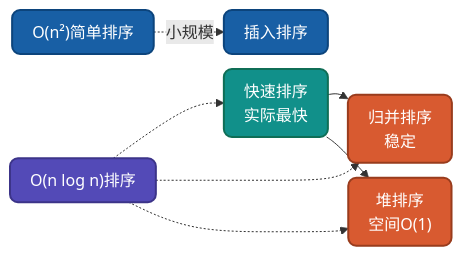
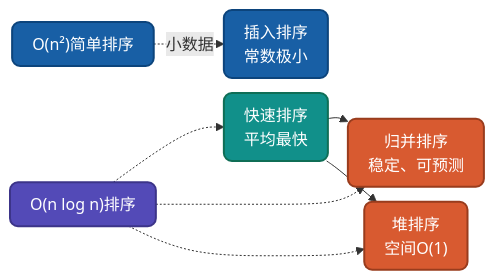
The second of 2 diagrams in sorting/quicksort/AI时代-重温快速排序-不同实现思路详解.md (microwind/algorithms), drawn with Mermaid before and after one commit. The commit also changed other lines of this file, not shown here.

````diff
--- a/sorting/quicksort/AI时代-重温快速排序-不同实现思路详解.md
+++ b/sorting/quicksort/AI时代-重温快速排序-不同实现思路详解.md
@@ -185,22 +438,22 @@
 ```mermaid
 %%{init: {'flowchart': {'nodeSpacing': 15, 'rankSpacing': 20, 'padding': 10}}}%%
 graph LR
-    A["快速排序<br/>实际最快"] --> B["归并排序<br/>稳定"]
+    A["快速排序<br/>平均最快"] --> B["归并排序<br/>稳定、可预测"]
     A --> C["堆排序<br/>空间O(1)"]
     
     D["O(n log n)排序"] -.-> A
     D -.-> B
     D -.-> C
     
-    E["O(n²)简单排序"] -.->|"小规模"| F["插入排序"]
+    E["O(n²)简单排序"] -.->|"小数据"| F["插入排序<br/>常数极小"]
     
     classDef fast fill:#11908A,color:#fff,stroke:#0F6E56,stroke-width:2px,rx:8
     classDef other fill:#D85A30,color:#fff,stroke:#993C1D,stroke-width:2px,rx:8
     classDef category fill:#534AB7,color:#fff,stroke:#3C3489,stroke-width:2px,rx:8
     classDef simple fill:#185FA5,color:#fff,stroke:#0C447C,stroke-width:2px,rx:8
     
     class A fast
     class B,C other
     class D category
     class E,F simple
 ```
````
